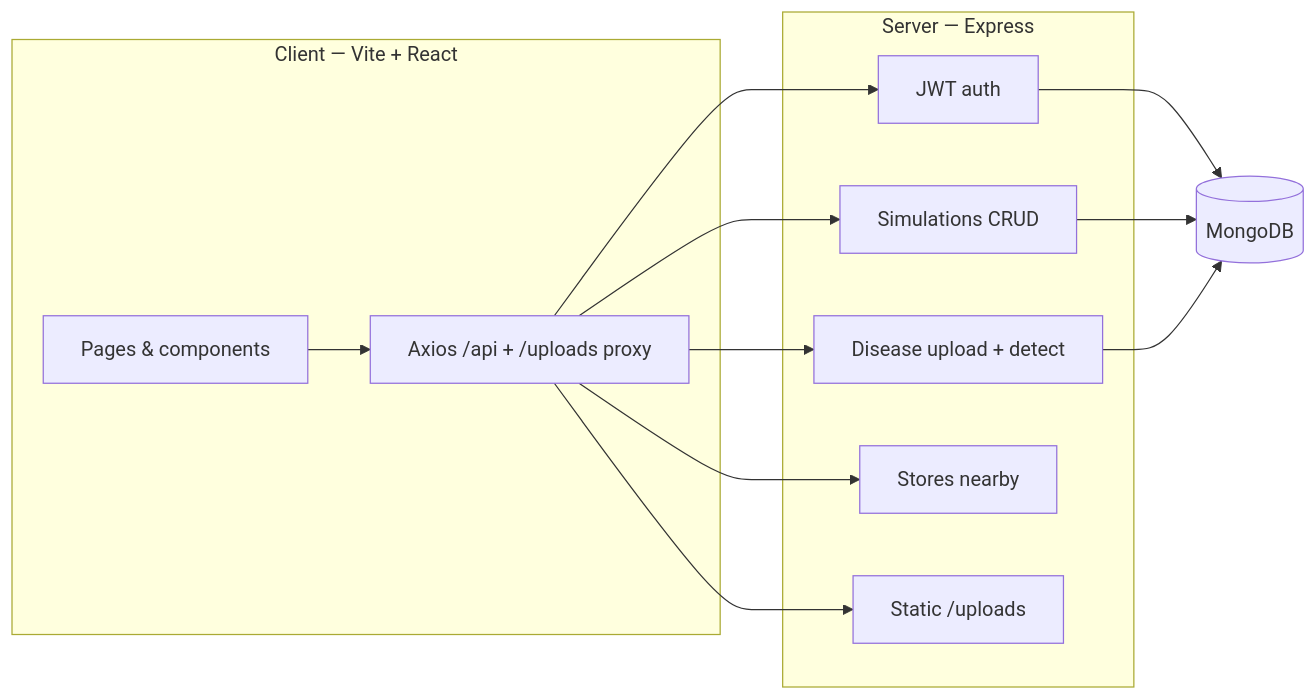
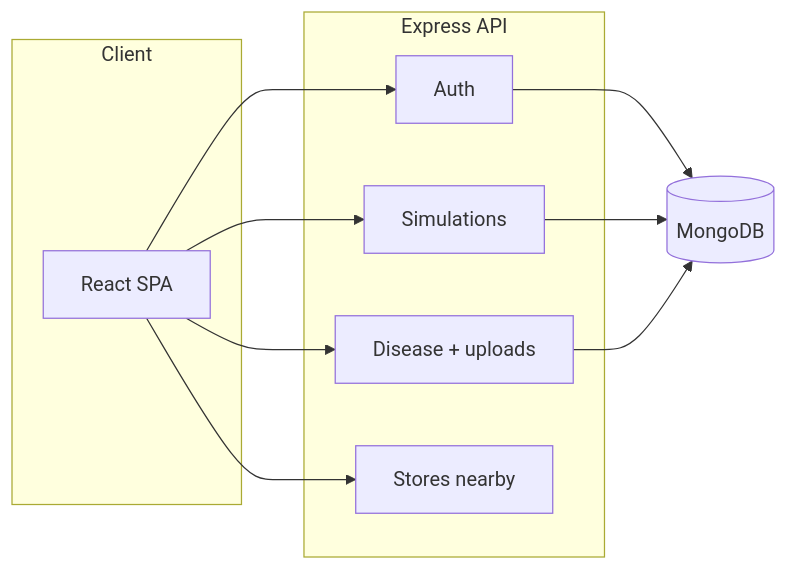
The diagram in README.md (katikolakarthik/sparcx_Aethronix), drawn with Mermaid before and after one commit. The commit also changed other lines of this file, not shown here.

````diff
--- a/README.md
+++ b/README.md
@@ -106,24 +108,20 @@
 ```mermaid
 flowchart LR
-  subgraph client [Client — Vite + React]
-    UI[Pages & components]
-    APIc[Axios /api + /uploads proxy]
+  subgraph Client
+    A[React SPA]
   end
-  subgraph server [Server — Express]
-    Auth[JWT auth]
-    Sim[Simulations CRUD]
-    Dis[Disease upload + detect]
-    St[Stores nearby]
-    Up[Static /uploads]
+  subgraph API[Express API]
+    B[Auth]
+    C[Simulations]
+    D[Disease + uploads]
+    E[Stores nearby]
   end
-  DB[(MongoDB)]
-  UI --> APIc
-  APIc --> Auth
-  APIc --> Sim
-  APIc --> Dis
-  APIc --> St
-  APIc --> Up
-  Auth --> DB
-  Sim --> DB
-  Dis --> DB
+  F[(MongoDB)]
+  A --> B
+  A --> C
+  A --> D
+  A --> E
+  B --> F
+  C --> F
+  D --> F
 ```
````
